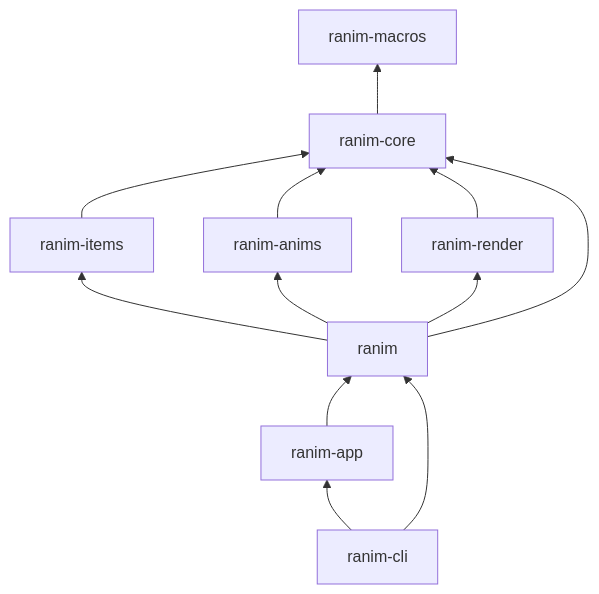
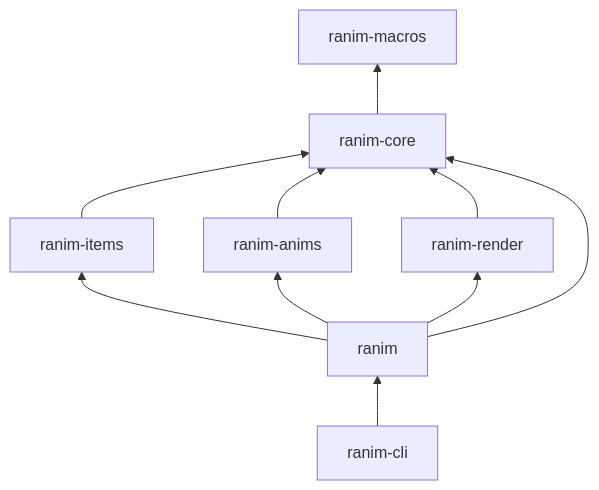
One commit to AzurIce/ranim changed the diagram in book/src/packages.md. Above: the diagram before and after it, drawn with Mermaid. The commit also changed other lines of this file and 23 other files, not shown here.

````diff
--- a/book/src/packages.md
+++ b/book/src/packages.md
@@ -19,15 +18,13 @@
 ```mermaid
 graph BT
     macros[ranim-macros]
     core[ranim-core] --> macros
     items[ranim-items] --> core
     anims[ranim-anims] --> core
     render[ranim-render] --> core
     ranim[ranim] --> core
     ranim --> items
     ranim --> anims
     ranim --> render
-    app[ranim-app] --> ranim
     cli[ranim-cli] --> ranim
-    cli --> app
 ```
````
